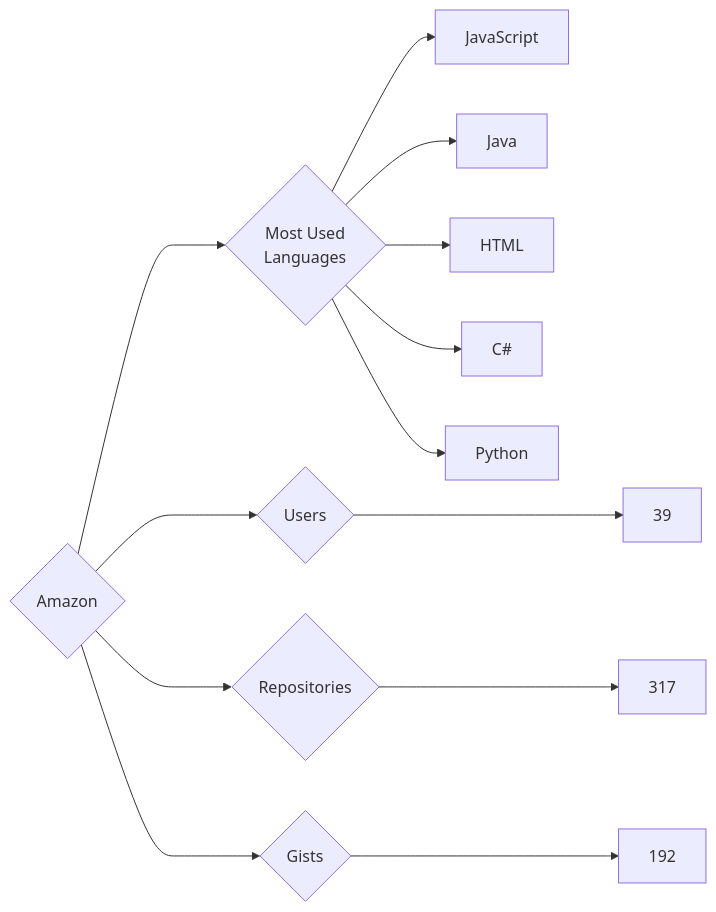
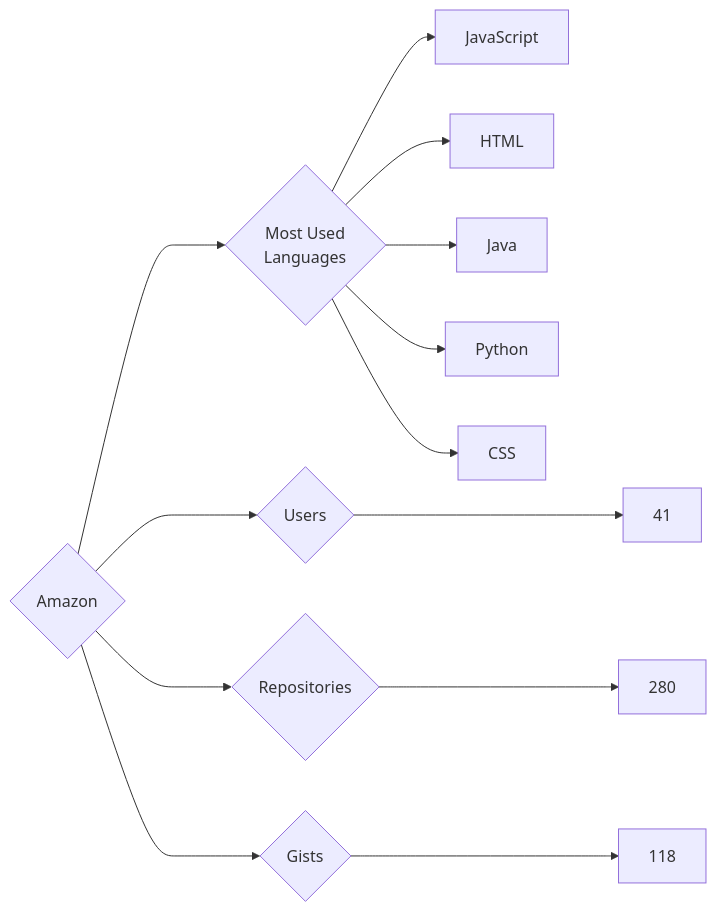
The diagram in targets/Amazon/README.md (trickest/insiders), drawn with Mermaid before and after one commit. The commit also changed 757 other files, not shown here.

````diff
--- a/targets/Amazon/README.md
+++ b/targets/Amazon/README.md
@@ -3,13 +3,13 @@
 ```mermaid
 graph LR
 COMPANY_NAME{Amazon}
-COMPANY_NAME ---> U{Users} ---> UN[39]
-COMPANY_NAME ---> R{Repositories} ---> RN[317]
-COMPANY_NAME ---> G{Gists} ---> GN[192]
+COMPANY_NAME ---> U{Users} ---> UN[41]
+COMPANY_NAME ---> R{Repositories} ---> RN[280]
+COMPANY_NAME ---> G{Gists} ---> GN[118]
 COMPANY_NAME ---> ML{Most Used<br>Languages}
 ML --> JavaScript[JavaScript]
+ML --> HTML[HTML]
 ML --> Java[Java]
-ML --> HTML[HTML]
-ML --> C#[C#]
 ML --> Python[Python]
+ML --> CSS[CSS]
 ```
````
